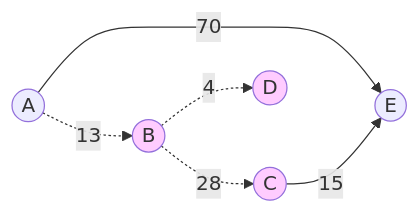
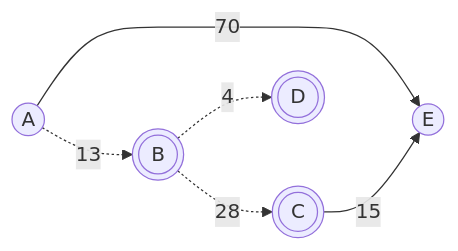
One commit to dmjcb/dmjcb.github.io changed the third of 4 diagrams in _posts/DataStructure/Graph/2022-02-13-SPFA最短路.md. Above: the diagram before and after it, drawn with Mermaid. The commit also changed other lines of this file and 78 other files, not shown here.

Commit message:
更新git部分图片;添加工作台图片

````diff
--- a/_posts/DataStructure/Graph/2022-02-13-SPFA最短路.md
+++ b/_posts/DataStructure/Graph/2022-02-13-SPFA最短路.md
@@ -83,19 +78,14 @@
 ```mermaid
 graph LR
     A((A))
-    B((B))
-    C((C))
-    D((D))
+    B(((B)))
+    C(((C)))
+    D(((D)))
     E((E))
 
     A -.13-.-> B
     A --70--> E
     B -.28-.-> C
     B -.4-.-> D
     C --15--> E
-
-    B:::Style
-    C:::Style
-    D:::Style
-    classDef Style fill:#FFCCFF
 ```
````
